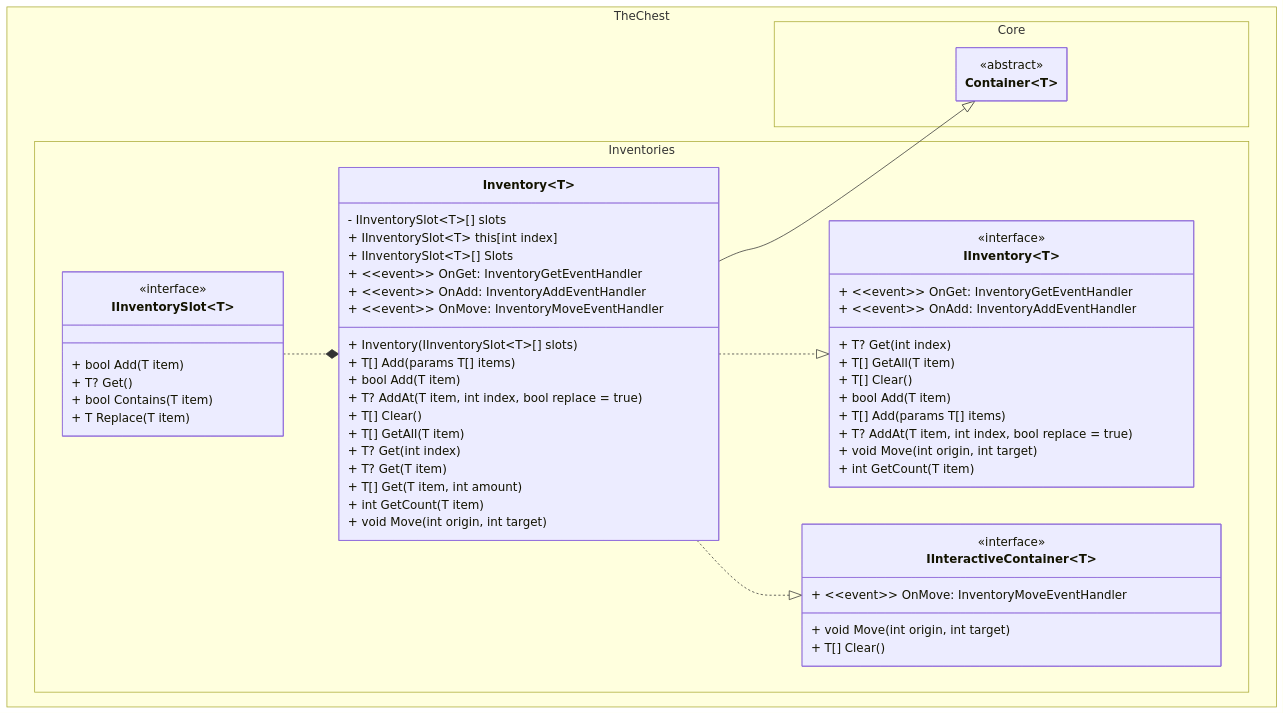
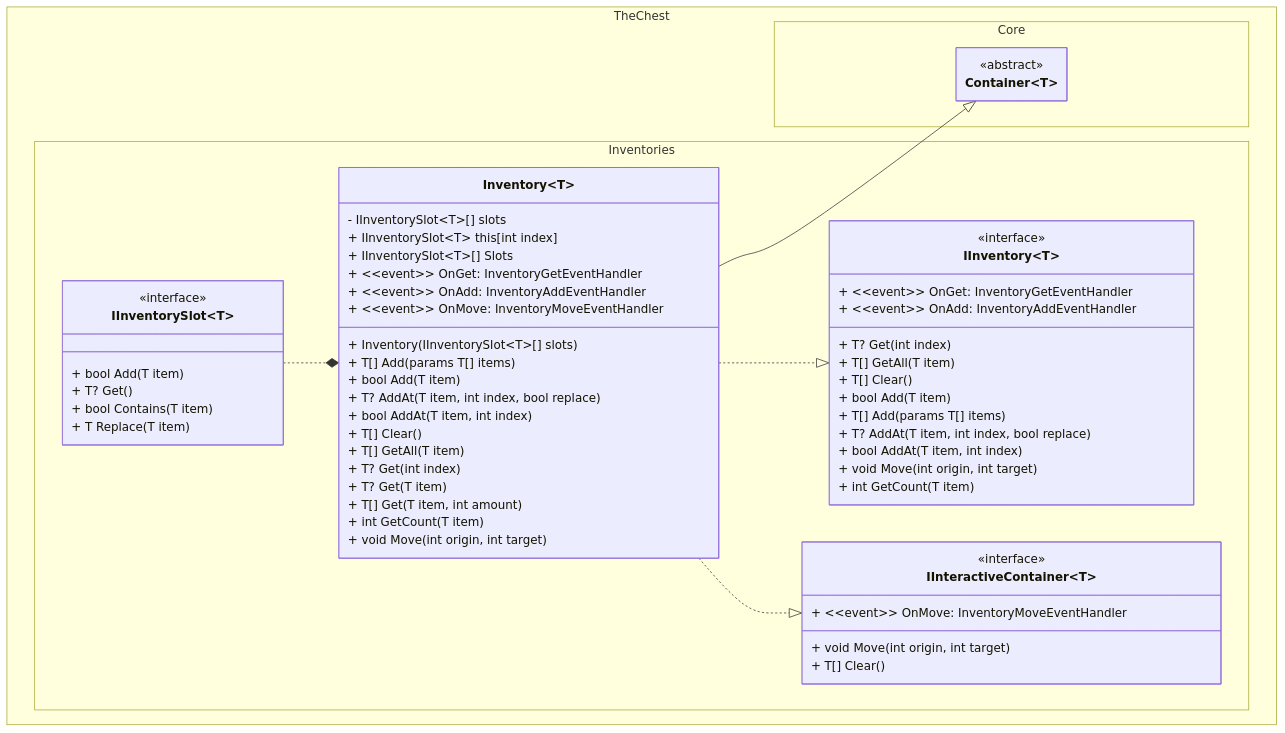
The first of 2 diagrams in docs/inventory/class_diagram.md (The-Chest/TheChest.Inventories), drawn with Mermaid before and after one commit.

Commit message:
Adds AddAt toi docs/inventory/class_diagram

````diff
--- a/docs/inventory/class_diagram.md
+++ b/docs/inventory/class_diagram.md
@@ -4,69 +4,71 @@
 ```mermaid
 ---
 config:
   theme: mc
   look: classic
   class:
     hideEmptyMembersBox: true
 ---
 classDiagram
 direction TB
 	namespace TheChest.Core {
         class Container~T~ {
         }
 	}
 	namespace TheChest.Inventories {
         class IInventory~T~ {
 	        + ~~event~~ OnGet: InventoryGetEventHandler 
 	        + ~~event~~ OnAdd: InventoryAddEventHandler 
             + T? Get(int index)
 	        + T[] GetAll(T item)
 	        + T[] Clear()
 	        + bool Add(T item)
 	        + T[] Add(params T[] items)
-	        + T? AddAt(T item, int index, bool replace = true)
+	        + T? AddAt(T item, int index, bool replace)
+	        + bool AddAt(T item, int index)
 	        + void Move(int origin, int target)
 	        + int GetCount(T item)
         }
         class IInventorySlot~T~ {
 	        + bool Add(T item)
 	        + T? Get()
 	        + bool Contains(T item)
 	        + T Replace(T item)
         }
         class Inventory~T~ {
 	        - IInventorySlot~T~[] slots
 	        + IInventorySlot~T~ this[int index]
 	        + IInventorySlot~T~[] Slots
 	        + ~~event~~ OnGet: InventoryGetEventHandler 
 	        + ~~event~~ OnAdd: InventoryAddEventHandler 
             + ~~event~~ OnMove: InventoryMoveEventHandler 
 	        + Inventory(IInventorySlot~T~[] slots)
             + T[] Add(params T[] items)
 	        + bool Add(T item)
-	        + T? AddAt(T item, int index, bool replace = true)
+	        + T? AddAt(T item, int index, bool replace)
+	        + bool AddAt(T item, int index)
 	        + T[] Clear()
 	        + T[] GetAll(T item)
 	        + T? Get(int index)
 	        + T? Get(T item)
 	        + T[] Get(T item, int amount)
 	        + int GetCount(T item)
 	        + void Move(int origin, int target)
         }
         class IInteractiveContainer~T~{
 	        + ~~event~~ OnMove: InventoryMoveEventHandler 
             + void Move(int origin, int target)
             + T[] Clear()
         } 
 	}
 
 	<<abstract>> Container
 	<<interface>> IInventory
 	<<interface>> IInventorySlot
 	<<interface>> IInteractiveContainer
 
     Inventory --|> Container
     Inventory ..|> IInventory
     Inventory ..|> IInteractiveContainer
     IInventorySlot ..* Inventory
 ```
````
